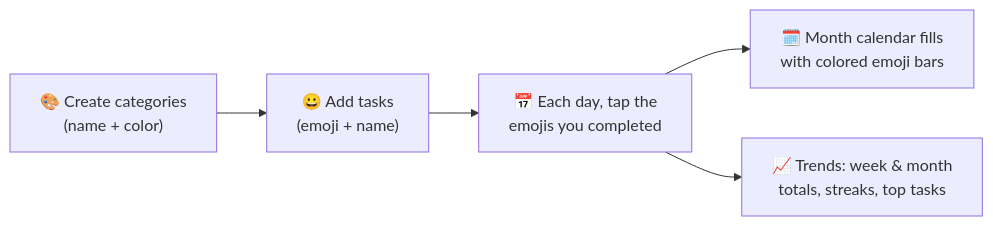
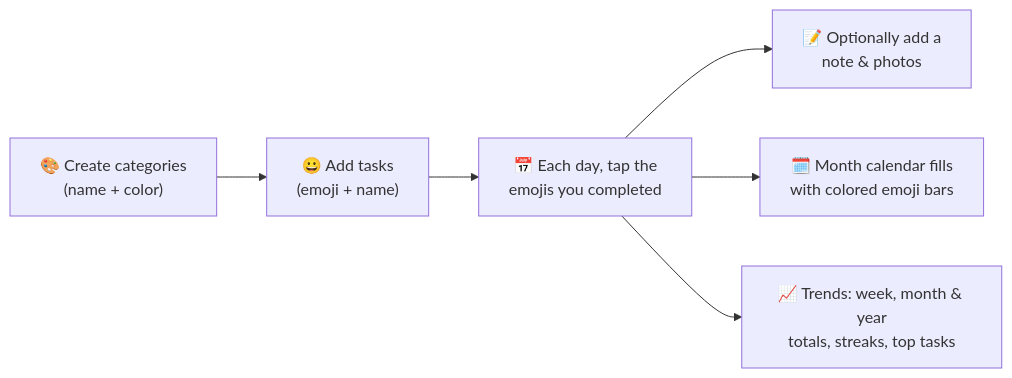
Before and after one commit to hanlinl2022-ops/innerscore: the first of 3 diagrams in README.md, drawn with Mermaid. The commit also changed other lines of this file and 12 other files, not shown here.

First line of the commit message:
Add yearly trends view and notes/photos on completed tasks

````diff
--- a/README.md
+++ b/README.md
@@ -39,7 +39,8 @@
 ```mermaid
 flowchart LR
     A["🎨 Create categories<br/>(name + color)"] --> B["😀 Add tasks<br/>(emoji + name)"]
     B --> C["📅 Each day, tap the<br/>emojis you completed"]
+    C --> N["📝 Optionally add a<br/>note & photos"]
     C --> D["🗓️ Month calendar fills<br/>with colored emoji bars"]
-    C --> E["📈 Trends: week & month<br/>totals, streaks, top tasks"]
+    C --> E["📈 Trends: week, month & year<br/>totals, streaks, top tasks"]
 ```
````
